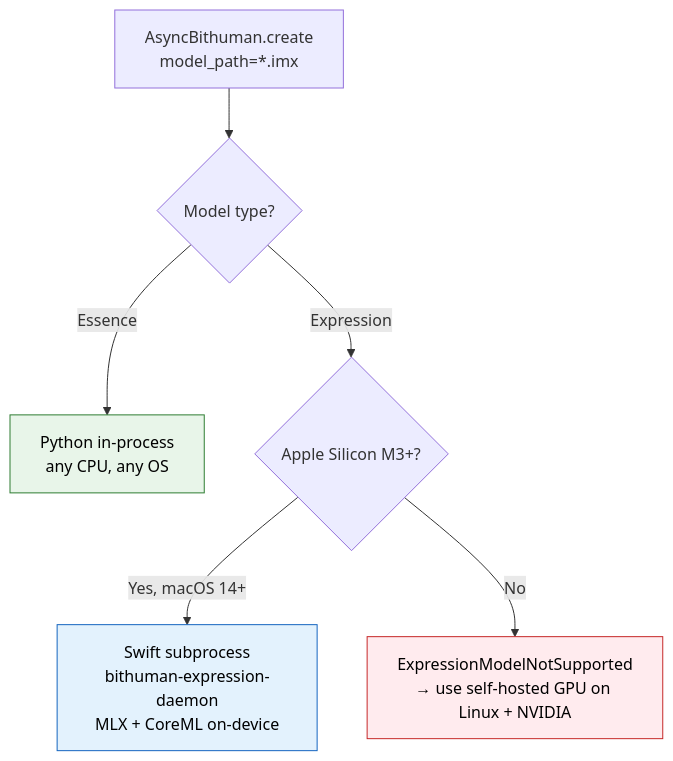
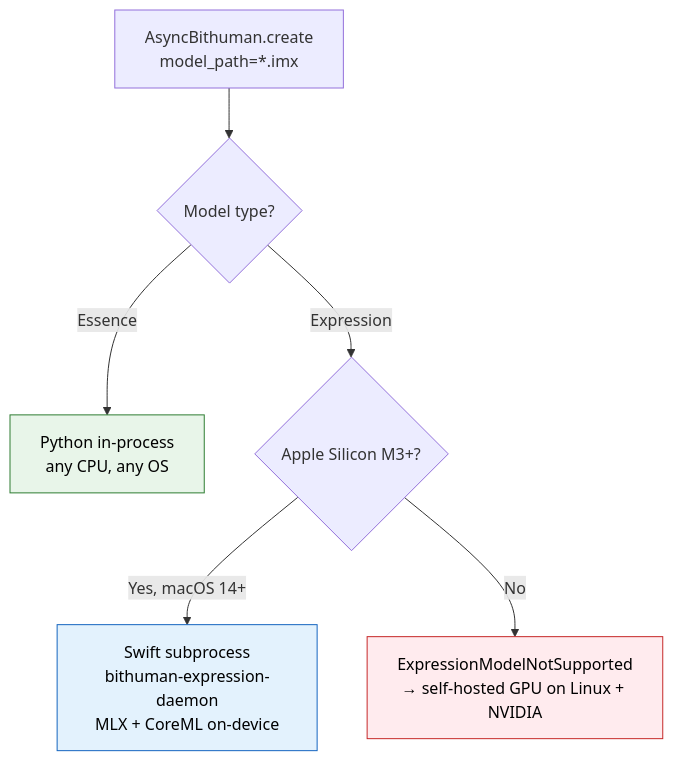
Before and after one commit to bithuman-product/bithuman-examples: the diagram in bithuman-docs/examples/apple-expression.mdx, drawn with Mermaid. The commit also changed other lines of this file, not shown here.

First line of the commit message:
docs(apple-expression): simplify to 3-step flow

````diff
--- a/bithuman-docs/examples/apple-expression.mdx
+++ b/bithuman-docs/examples/apple-expression.mdx
@@ -27,12 +155,12 @@
 ```mermaid
 flowchart TD
     A[AsyncBithuman.create\nmodel_path=*.imx] --> B{Model type?}
     B -->|Essence| C[Python in-process\nany CPU, any OS]
     B -->|Expression| D{Apple Silicon M3+?}
     D -->|Yes, macOS 14+| E[Swift subprocess\nbithuman-expression-daemon\nMLX + CoreML on-device]
-    D -->|No| F[ExpressionModelNotSupported\n→ use self-hosted GPU on Linux + NVIDIA]
+    D -->|No| F[ExpressionModelNotSupported\n→ self-hosted GPU on Linux + NVIDIA]
 
     style C fill:#e8f5e9,stroke:#2e7d32,color:#000
     style E fill:#e3f2fd,stroke:#1565c0,color:#000
     style F fill:#ffebee,stroke:#c62828,color:#000
 ```
````
